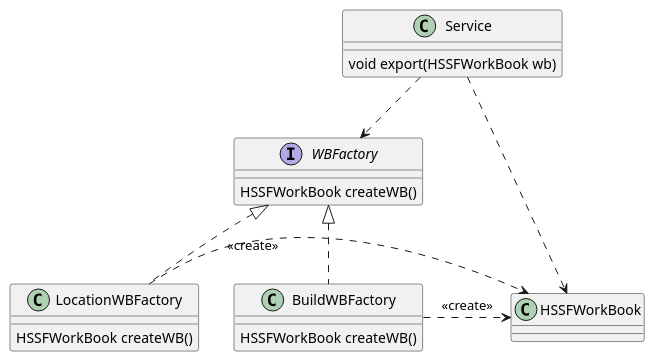
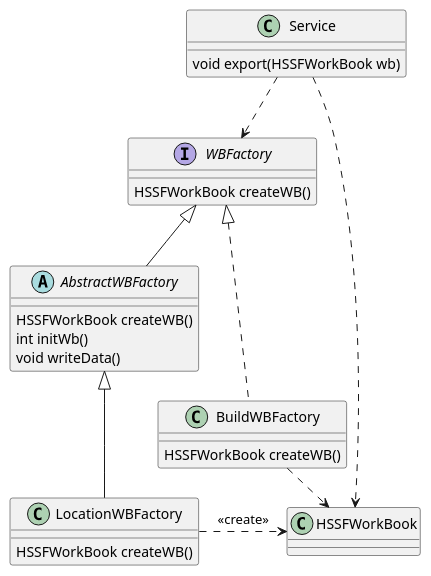
One commit to sherwinwu93/design-pattern changed the diagram in src/main/java/establish/factorymethod/006多种excel生成.puml. Above: the diagram before and after it, drawn with PlantUML.

Commit message:
--多种excel生成修改

```diff
--- a/src/main/java/establish/factorymethod/006多种excel生成.puml
+++ b/src/main/java/establish/factorymethod/006多种excel生成.puml
@@ -1,29 +1,36 @@
 @startuml
+'模板抽象工厂
 '抽象工厂
 interface WBFactory {
 HSSFWorkBook createWB()
 }
 '产品
 class HSSFWorkBook {
 }
 '客户端
 class Service {
 void export(HSSFWorkBook wb)
 }
-
 Service ..down> WBFactory
 Service ..down> HSSFWorkBook
+
+abstract class AbstractWBFactory {
+HSSFWorkBook createWB()
+int initWb()
+void writeData()
+}
+AbstractWBFactory --up|> WBFactory
 
 class LocationWBFactory {
 HSSFWorkBook createWB()
 }
-LocationWBFactory ..up|> WBFactory
+LocationWBFactory --up|> AbstractWBFactory
 LocationWBFactory ..right> HSSFWorkBook : <<create>>
 
 class BuildWBFactory {
 HSSFWorkBook createWB()
 }
-BuildWBFactory..up|> WBFactory
+BuildWBFactory ..up|> WBFactory
 BuildWBFactory ..right> HSSFWorkBook : <<create>>
 
 @enduml
```
